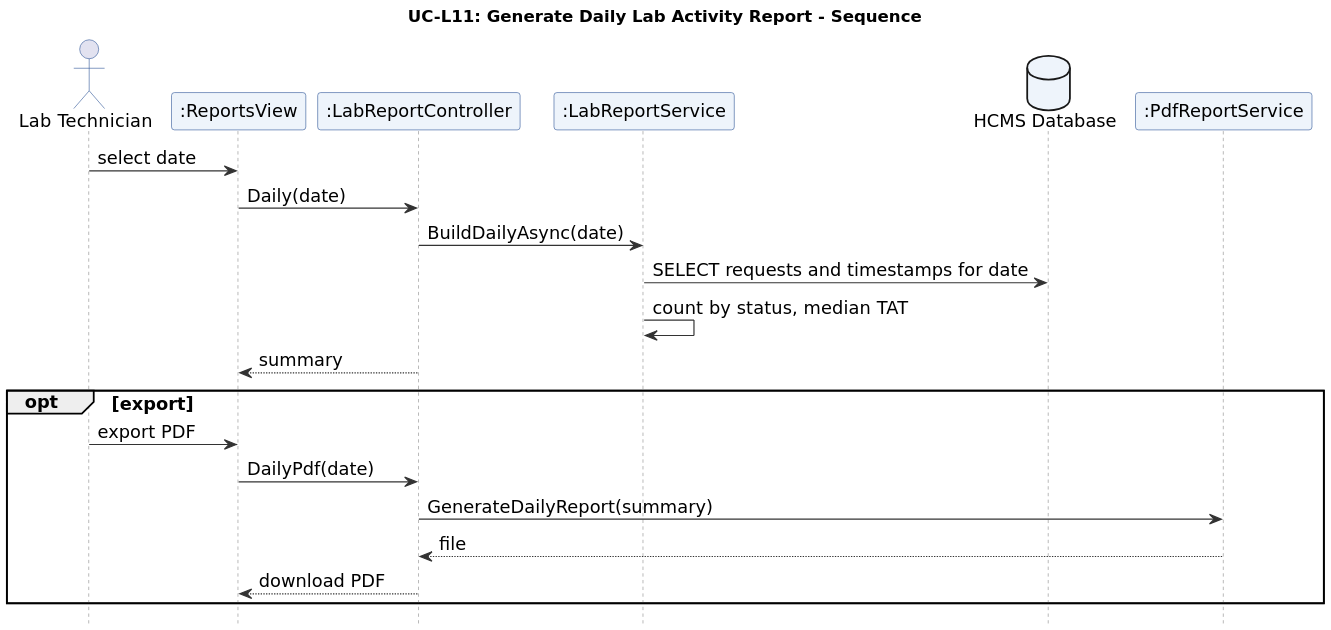
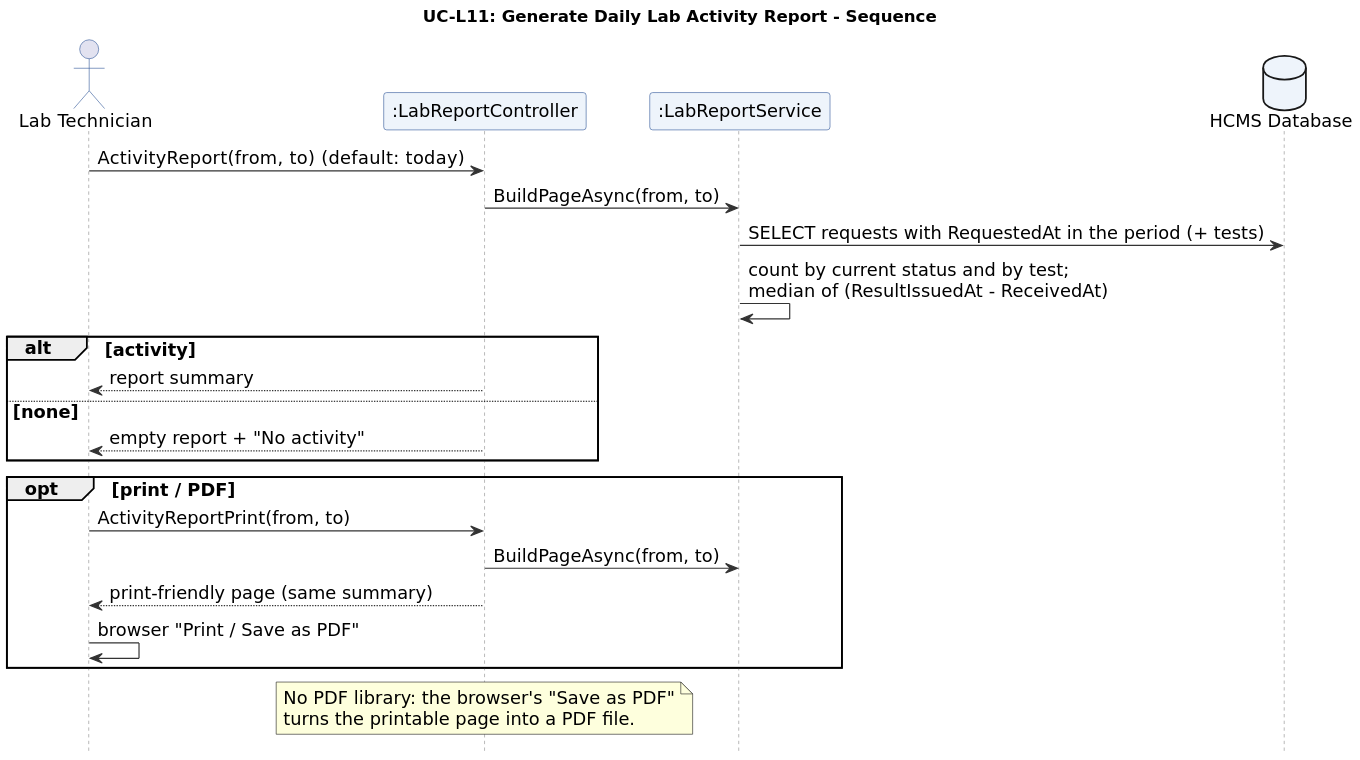
One commit to aymansl/HCMS changed the diagram in docs/diagrams/UC-L11_seq.puml. Above: the diagram before and after it, drawn with PlantUML. The commit also changed 15 other files, not shown here.

Commit message:
feat(lab): daily lab activity report with print view (L11)

```diff
--- a/docs/diagrams/UC-L11_seq.puml
+++ b/docs/diagrams/UC-L11_seq.puml
@@ -1,44 +1,45 @@
 @startuml
 skinparam dpi 170
 skinparam shadowing false
 skinparam defaultFontName DejaVu Sans
 skinparam defaultFontSize 12
 skinparam ArrowColor #333333
 skinparam ActivityBackgroundColor #EEF4FB
 skinparam ActivityBorderColor #2F5597
 skinparam ActivityDiamondBackgroundColor #FFF7E0
 skinparam SwimlaneTitleFontStyle bold
 skinparam ParticipantBackgroundColor #EEF4FB
 skinparam ParticipantBorderColor #2F5597
 skinparam SequenceLifeLineBorderColor #888888
 skinparam UsecaseBackgroundColor #EEF4FB
 skinparam UsecaseBorderColor #2F5597
 skinparam ActorBorderColor #2F5597
 skinparam DatabaseBackgroundColor #EEF4FB
 skinparam SequenceGroupHeaderFontStyle bold
 title UC-L11: Generate Daily Lab Activity Report - Sequence
 skinparam defaultFontSize 15
 skinparam ParticipantFontSize 15
 skinparam ActorFontSize 15
 skinparam DatabaseFontSize 15
 hide footbox
 actor "Lab Technician" as U
-participant ":ReportsView" as V
 participant ":LabReportController" as C
 participant ":LabReportService" as S
 database "HCMS Database" as DB
-participant ":PdfReportService" as R
-U -> V : select date
-V -> C : Daily(date)
-C -> S : BuildDailyAsync(date)
-S -> DB : SELECT requests and timestamps for date
-S -> S : count by status, median TAT
-C --> V : summary
-opt export
-  U -> V : export PDF
-  V -> C : DailyPdf(date)
-  C -> R : GenerateDailyReport(summary)
-  R --> C : file
-  C --> V : download PDF
+U -> C : ActivityReport(from, to)   (default: today)
+C -> S : BuildPageAsync(from, to)
+S -> DB : SELECT requests with RequestedAt in the period (+ tests)
+S -> S : count by current status and by test;\nmedian of (ResultIssuedAt - ReceivedAt)
+alt activity
+  C --> U : report summary
+else none
+  C --> U : empty report + "No activity"
 end
+opt print / PDF
+  U -> C : ActivityReportPrint(from, to)
+  C -> S : BuildPageAsync(from, to)
+  C --> U : print-friendly page (same summary)
+  U -> U : browser "Print / Save as PDF"
+end
+note over C : No PDF library: the browser's "Save as PDF"\nturns the printable page into a PDF file.
 @enduml
```
